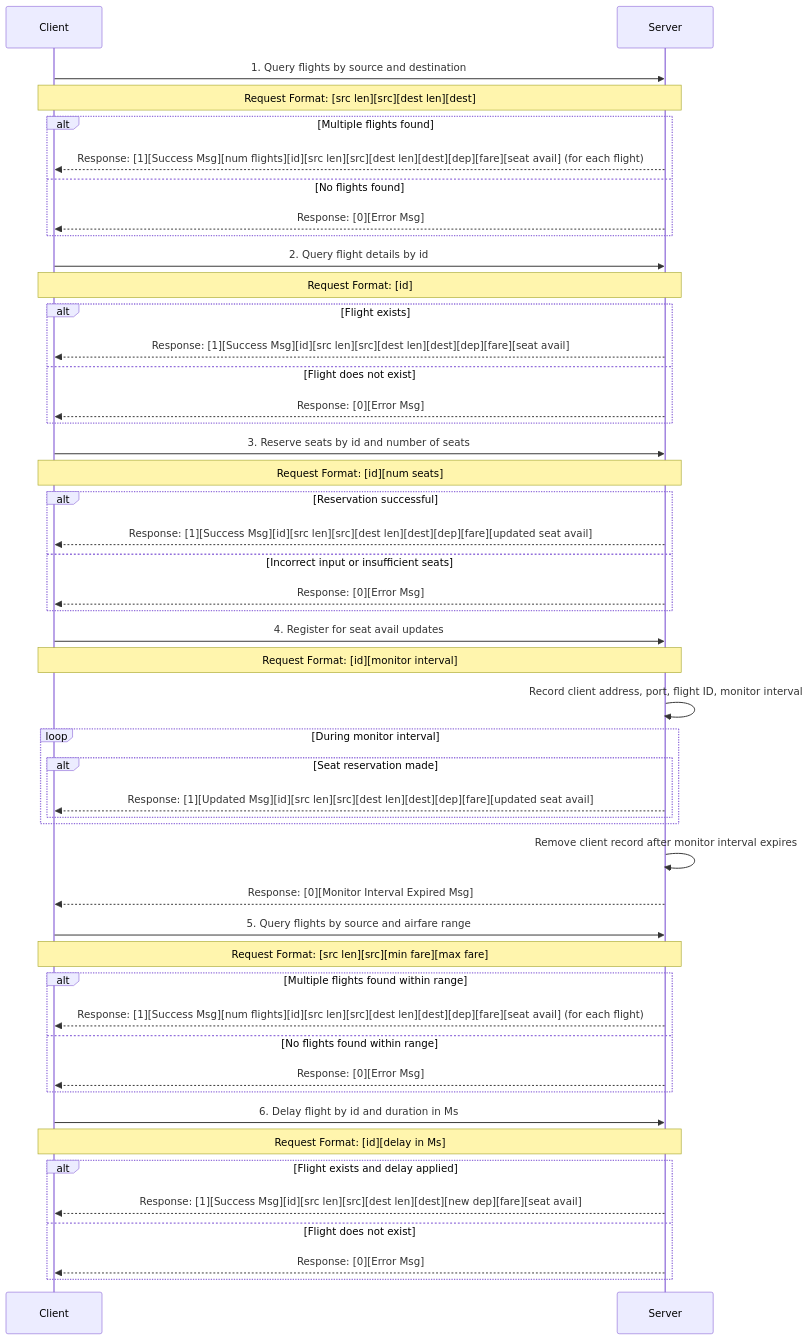
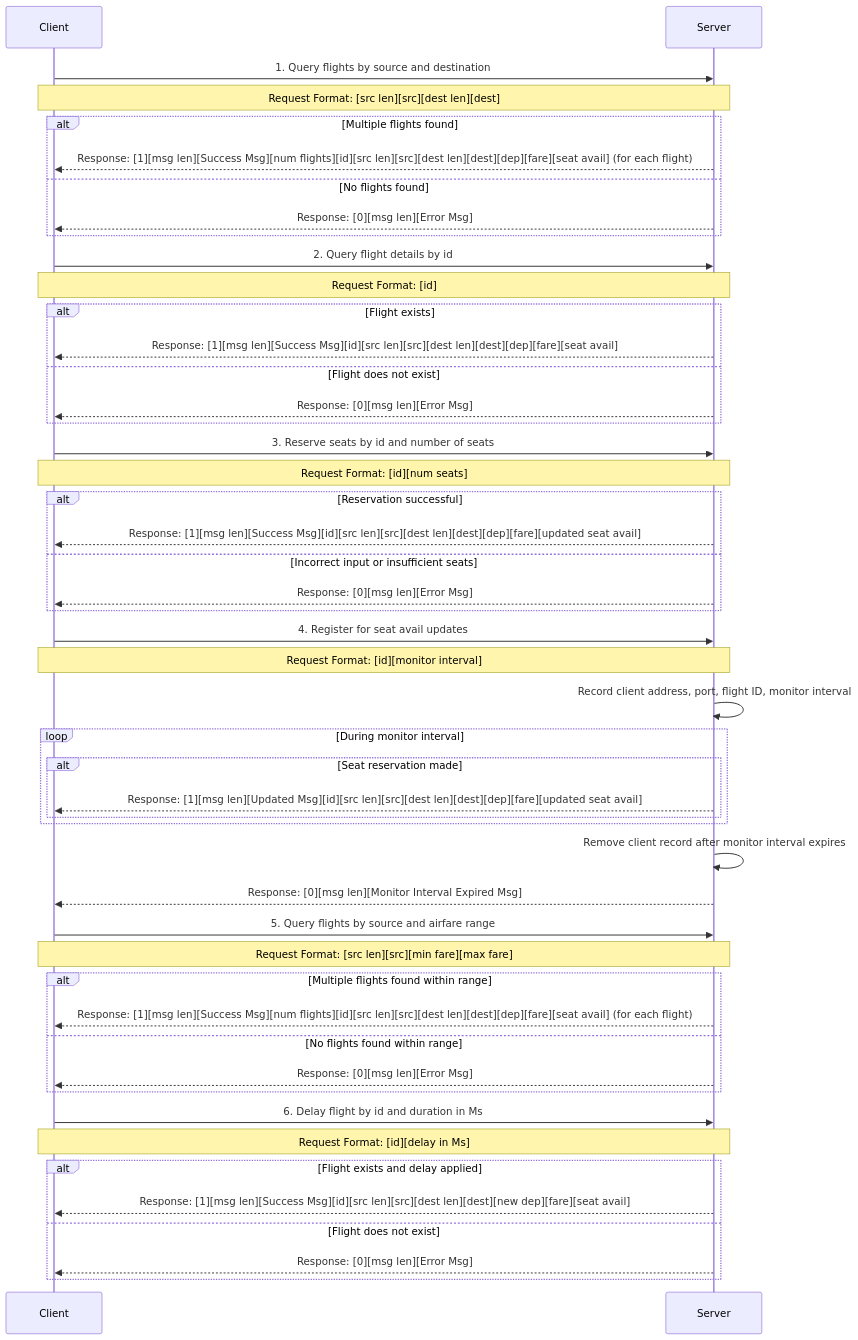
Before and after one commit to b21quocbao/SC6103-Socket-Programming: the diagram in README.md, drawn with Mermaid.

````diff
--- a/README.md
+++ b/README.md
@@ -50,56 +50,57 @@
 ```mermaid
 sequenceDiagram
     participant User as Client
     participant Server as Server
 
     User->>Server: 1. Query flights by source and destination
     Note over User,Server: Request Format: [src len][src][dest len][dest]
     alt Multiple flights found
-        Server-->>User: Response: [1][Success Msg][num flights][id][src len][src][dest len][dest][dep][fare][seat avail] (for each flight)
+        Server-->>User: Response: [1][msg len][Success Msg][num flights][id][src len][src][dest len][dest][dep][fare][seat avail] (for each flight)
     else No flights found
-        Server-->>User: Response: [0][Error Msg]
+        Server-->>User: Response: [0][msg len][Error Msg]
     end
 
     User->>Server: 2. Query flight details by id
     Note over User,Server: Request Format: [id]
     alt Flight exists
-        Server-->>User: Response: [1][Success Msg][id][src len][src][dest len][dest][dep][fare][seat avail]
+        Server-->>User: Response: [1][msg len][Success Msg][id][src len][src][dest len][dest][dep][fare][seat avail]
     else Flight does not exist
-        Server-->>User: Response: [0][Error Msg]
+        Server-->>User: Response: [0][msg len][Error Msg]
     end
 
     User->>Server: 3. Reserve seats by id and number of seats
     Note over User,Server: Request Format: [id][num seats]
     alt Reservation successful
-        Server-->>User: Response: [1][Success Msg][id][src len][src][dest len][dest][dep][fare][updated seat avail]
+        Server-->>User: Response: [1][msg len][Success Msg][id][src len][src][dest len][dest][dep][fare][updated seat avail]
     else Incorrect input or insufficient seats
-        Server-->>User: Response: [0][Error Msg]
+        Server-->>User: Response: [0][msg len][Error Msg]
     end
 
     User->>Server: 4. Register for seat avail updates
     Note over User,Server: Request Format: [id][monitor interval]
     Server->>Server: Record client address, port, flight ID, monitor interval
     loop During monitor interval
         alt Seat reservation made
-            Server-->>User: Response: [1][Updated Msg][id][src len][src][dest len][dest][dep][fare][updated seat avail]
+            Server-->>User: Response: [1][msg len][Updated Msg][id][src len][src][dest len][dest][dep][fare][updated seat avail]
         end
     end
     Server->>Server: Remove client record after monitor interval expires
-    Server-->>User: Response: [0][Monitor Interval Expired Msg]
+    Server-->>User: Response: [0][msg len][Monitor Interval Expired Msg]
 
     User->>Server: 5. Query flights by source and airfare range
     Note over User,Server: Request Format: [src len][src][min fare][max fare]
     alt Multiple flights found within range
-        Server-->>User: Response: [1][Success Msg][num flights][id][src len][src][dest len][dest][dep][fare][seat avail] (for each flight)
+        Server-->>User: Response: [1][msg len][Success Msg][num flights][id][src len][src][dest len][dest][dep][fare][seat avail] (for each flight)
     else No flights found within range
-        Server-->>User: Response: [0][Error Msg]
+        Server-->>User: Response: [0][msg len][Error Msg]
     end
 
     User->>Server: 6. Delay flight by id and duration in Ms
     Note over User,Server: Request Format: [id][delay in Ms]
     alt Flight exists and delay applied
-        Server-->>User: Response: [1][Success Msg][id][src len][src][dest len][dest][new dep][fare][seat avail]
+        Server-->>User: Response: [1][msg len][Success Msg][id][src len][src][dest len][dest][new dep][fare][seat avail]
     else Flight does not exist
-        Server-->>User: Response: [0][Error Msg]
+        Server-->>User: Response: [0][msg len][Error Msg]
     end
+
 ```
````
